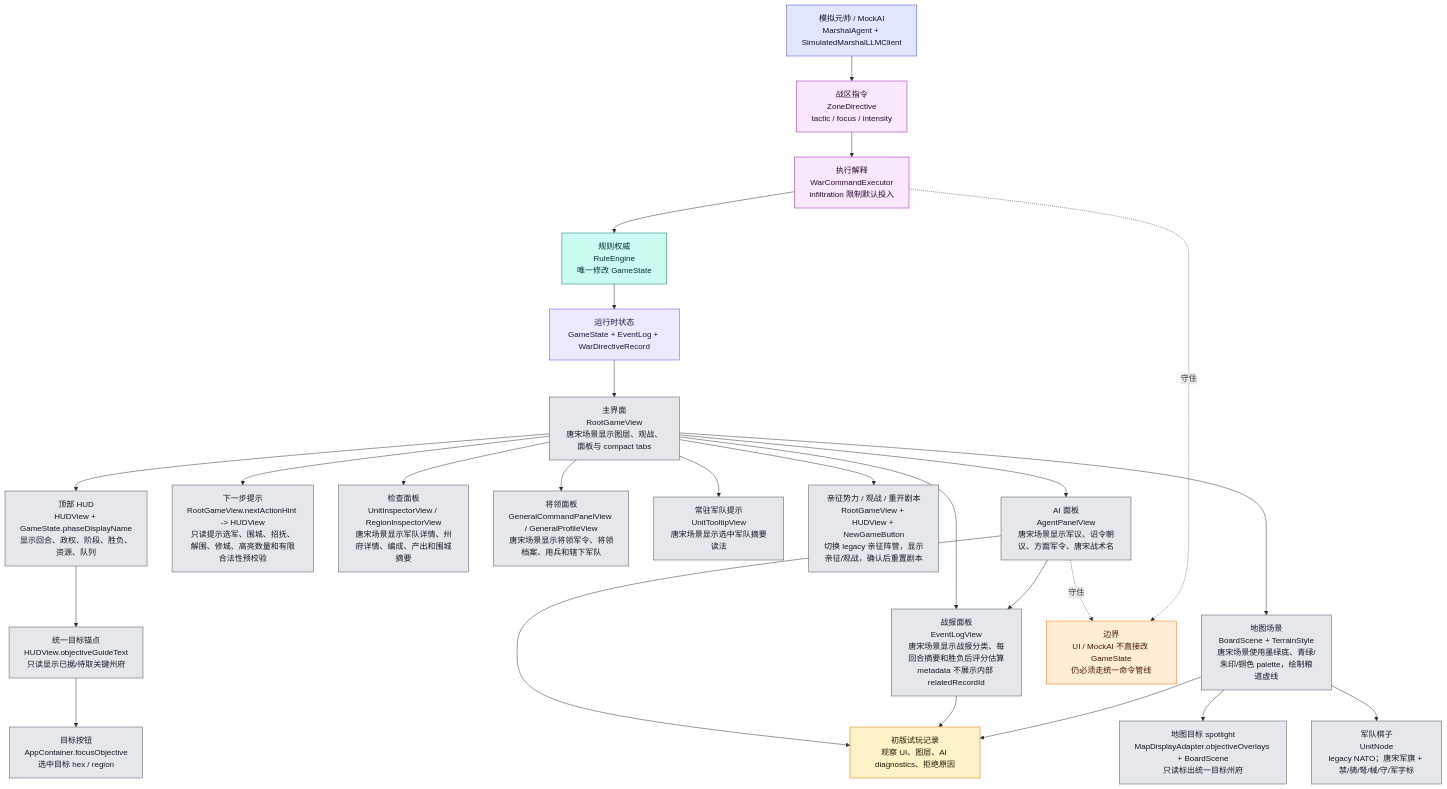
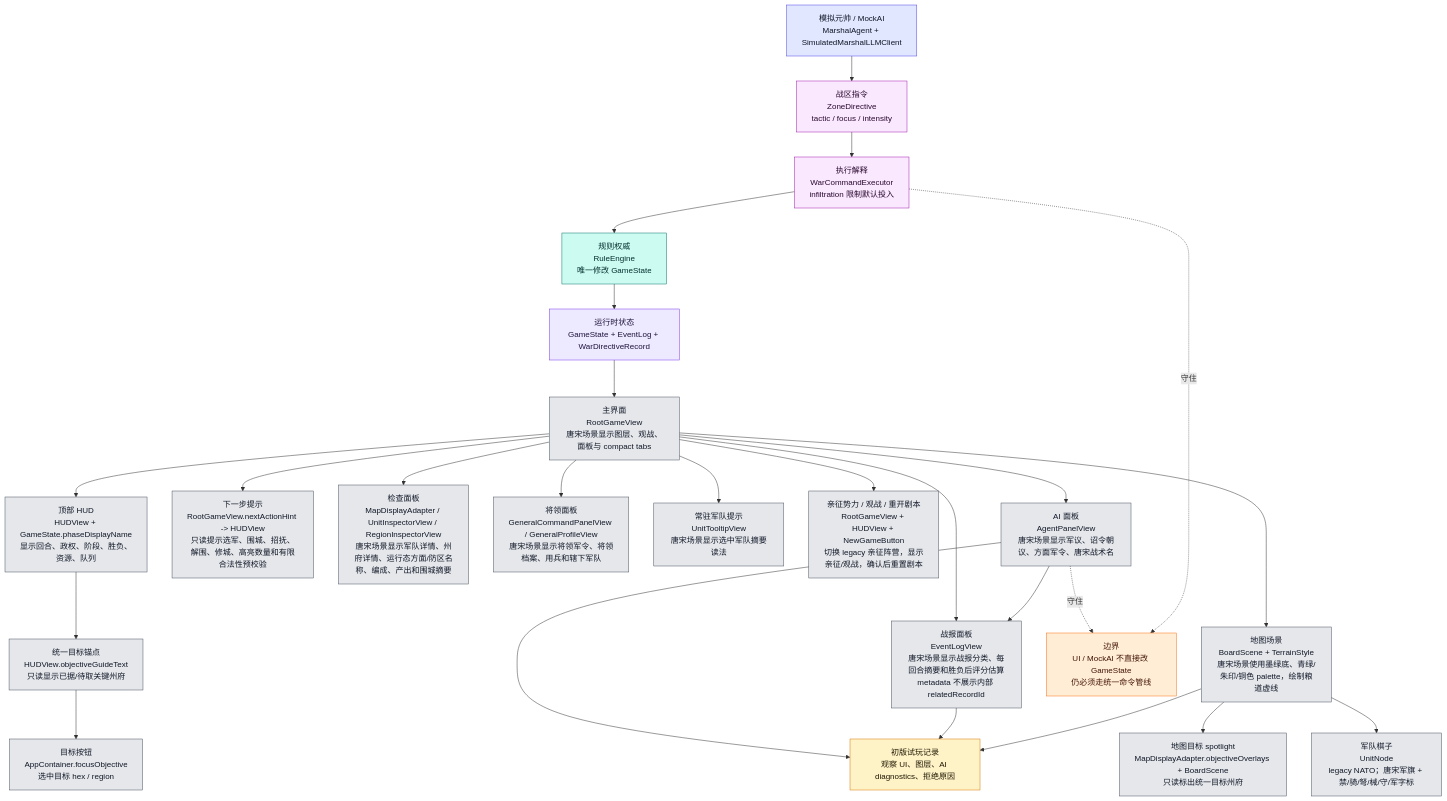
The tenth of 12 diagrams in md/flow/flowchart.md (Altman-sam114/125), drawn with Mermaid before and after one commit. The commit also changed other lines of this file and 8 other files, not shown here.

````diff
--- a/md/flow/flowchart.md
+++ b/md/flow/flowchart.md
@@ -573,54 +574,54 @@
 ```mermaid
 flowchart TD
     STATE["运行时状态<br/>GameState + EventLog + WarDirectiveRecord"]:::state
     ROOT["主界面<br/>RootGameView<br/>唐宋场景显示图层、观战、面板与 compact tabs"]:::ui
     HUD["顶部 HUD<br/>HUDView + GameState.phaseDisplayName<br/>显示回合、政权、阶段、胜负、资源、队列"]:::ui
     GOAL["统一目标锚点<br/>HUDView.objectiveGuideText<br/>只读显示已据/待取关键州府"]:::ui
     FOCUS["目标按钮<br/>AppContainer.focusObjective<br/>选中目标 hex / region"]:::ui
     SPOTLIGHT["地图目标 spotlight<br/>MapDisplayAdapter.objectiveOverlays + BoardScene<br/>只读标出统一目标州府"]:::ui
     HINT["下一步提示<br/>RootGameView.nextActionHint -> HUDView<br/>只读提示选军、围城、招抚、解围、修城、高亮数量和有限合法性预校验"]:::ui
-    INSPECT["检查面板<br/>UnitInspectorView / RegionInspectorView<br/>唐宋场景显示军队详情、州府详情、编成、产出和围城摘要"]:::ui
+    INSPECT["检查面板<br/>MapDisplayAdapter / UnitInspectorView / RegionInspectorView<br/>唐宋场景显示军队详情、州府详情、运行态方面/防区名称、编成、产出和围城摘要"]:::ui
     GENPANELS["将领面板<br/>GeneralCommandPanelView / GeneralProfileView<br/>唐宋场景显示将领军令、将领档案、用兵和辖下军队"]:::ui
     TOOLTIP["常驻军队提示<br/>UnitTooltipView<br/>唐宋场景显示选中军队摘要读法"]:::ui
     SESSIONHUD["亲征势力 / 观战 / 重开剧本<br/>RootGameView + HUDView + NewGameButton<br/>切换 legacy 亲征阵营，显示亲征/观战，确认后重置剧本"]:::ui
     LOG["战报面板<br/>EventLogView<br/>唐宋场景显示战报分类、每回合摘要和胜负后评分估算<br/>metadata 不展示内部 relatedRecordId"]:::ui
     AIUI["AI 面板<br/>AgentPanelView<br/>唐宋场景显示军议、诏令朝议、方面军令、唐宋战术名"]:::ui
     BOARD["地图场景<br/>BoardScene + TerrainStyle<br/>唐宋场景使用墨绿底、青绿/朱印/铜色 palette，绘制粮道虚线"]:::ui
     UNIT["军队棋子<br/>UnitNode<br/>legacy NATO；唐宋军旗 + 禁/骑/弩/械/守/军字标"]:::ui
     MARSHAL["模拟元帅 / MockAI<br/>MarshalAgent + SimulatedMarshalLLMClient"]:::ai
     ZD["战区指令<br/>ZoneDirective<br/>tactic / focus / intensity"]:::command
     WCE["执行解释<br/>WarCommandExecutor<br/>infiltration 限制默认投入"]:::command
     RULE["规则权威<br/>RuleEngine<br/>唯一修改 GameState"]:::rules
     PLAYTEST["初版试玩记录<br/>观察 UI、图层、AI diagnostics、拒绝原因"]:::doc
 
     STATE --> ROOT
     ROOT --> HUD
     HUD --> GOAL --> FOCUS
     BOARD --> SPOTLIGHT
     ROOT --> HINT
     ROOT --> INSPECT
     ROOT --> GENPANELS
     ROOT --> TOOLTIP
     ROOT --> SESSIONHUD
     ROOT --> LOG
     ROOT --> AIUI
     AIUI --> LOG
     ROOT --> BOARD
     BOARD --> UNIT
     MARSHAL --> ZD --> WCE --> RULE --> STATE
     AIUI --> PLAYTEST
     LOG --> PLAYTEST
     BOARD --> PLAYTEST
 
     WARN["边界<br/>UI / MockAI 不直接改 GameState<br/>仍必须走统一命令管线"]:::warn
     AIUI -.守住.-> WARN
     WCE -.守住.-> WARN
 
     classDef state fill:#ede9fe,stroke:#7c3aed,color:#1f143d
     classDef ui fill:#e5e7eb,stroke:#4b5563,color:#111827
     classDef ai fill:#e0e7ff,stroke:#4f46e5,color:#111827
     classDef command fill:#fae8ff,stroke:#a21caf,color:#2a0a2f
     classDef rules fill:#ccfbf1,stroke:#0f766e,color:#042f2e
     classDef doc fill:#fef3c7,stroke:#d97706,color:#1f1600
     classDef warn fill:#ffedd5,stroke:#f97316,color:#431407
 ```
````
